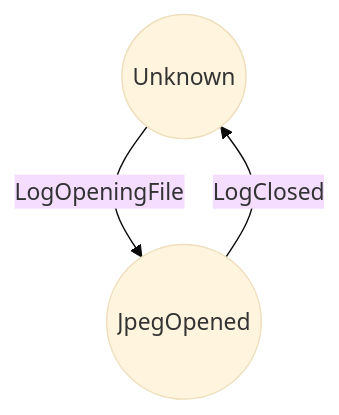
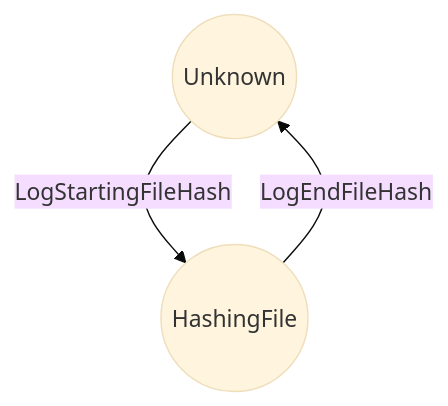
Before and after one commit to microsoft/DynamicTelemetry: the diagram in docs/Architecture/Components/Processors/Processor.StateMachine.document.md, drawn with Mermaid (base theme). The commit also changed other lines of this file and 2 other files, not shown here.

````diff
--- a/docs/Architecture/Components/Processors/Processor.StateMachine.document.md
+++ b/docs/Architecture/Components/Processors/Processor.StateMachine.document.md
@@ -51,7 +61,7 @@
 ``` mermaid
     flowchart TD
         Unknown((Unknown))
-        JpegOpened((JpegOpened))
-        Unknown --> | LogOpeningFile | JpegOpened
-        JpegOpened--> |LogClosed | Unknown
+        HashingFile((HashingFile))
+        Unknown --> | LogStartingFileHash | HashingFile
+        HashingFile--> |LogEndFileHash | Unknown
 ```
````
